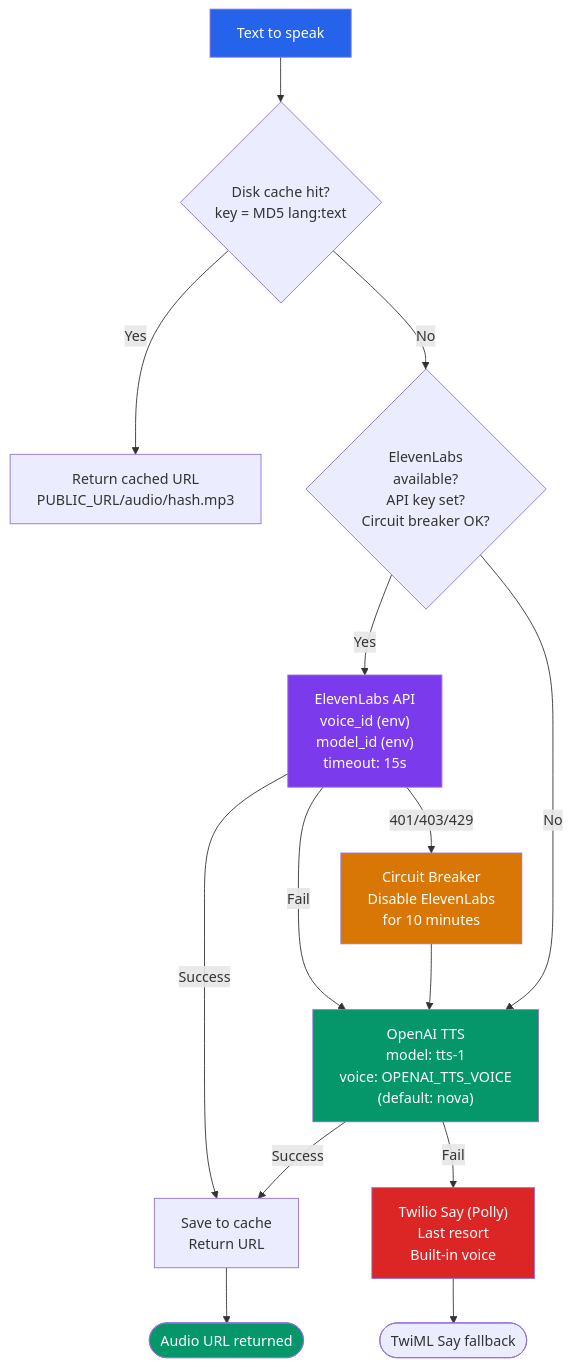
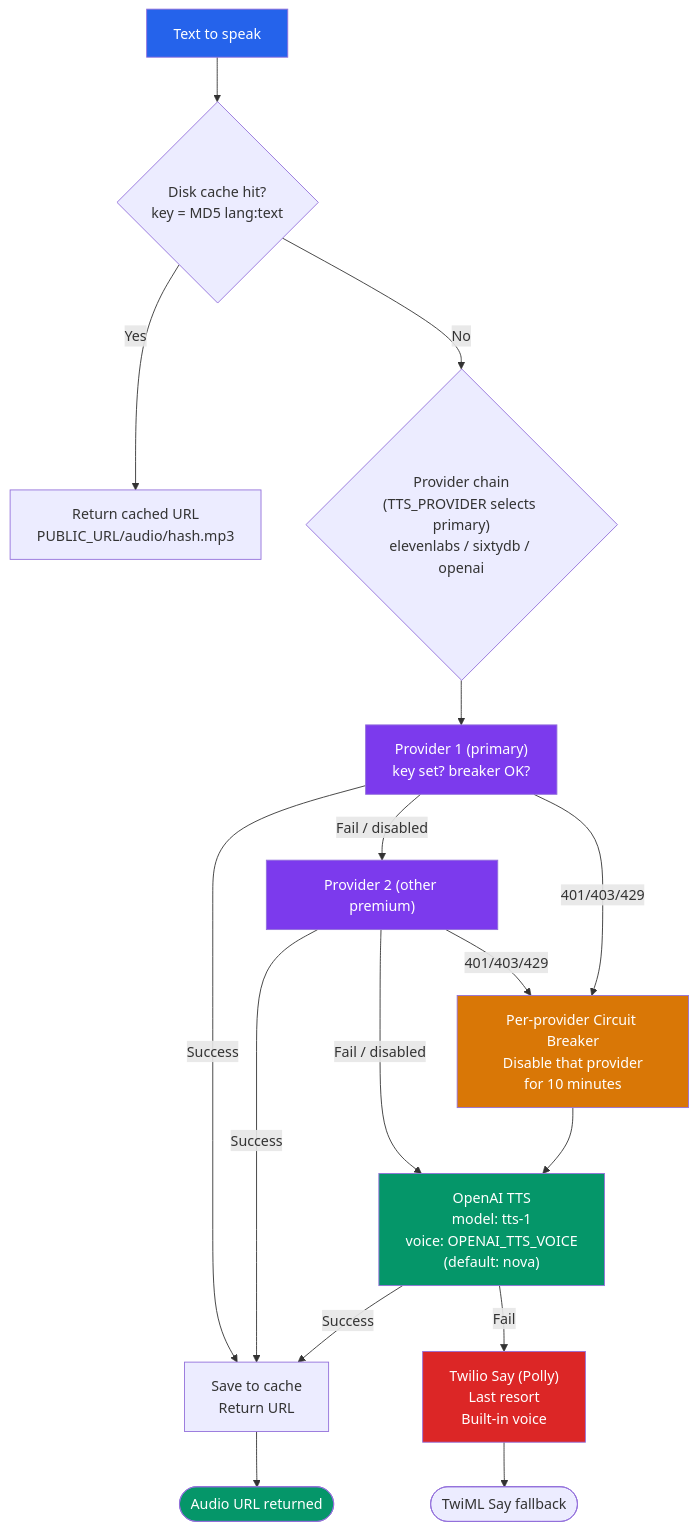
Before and after one commit to dzaczek/ava: the fourth of 7 diagrams in README.md, drawn with Mermaid. The commit also changed other lines of this file and 3 other files, not shown here.

````diff
--- a/README.md
+++ b/README.md
@@ -225,29 +227,32 @@
 ```mermaid
 flowchart TD
     Input["Text to speak"] --> Cache{Disk cache hit?<br/>key = MD5 lang:text}
 
     Cache -->|Yes| Serve["Return cached URL<br/>PUBLIC_URL/audio/hash.mp3"]
-    Cache -->|No| ELCheck{ElevenLabs<br/>available?<br/>API key set?<br/>Circuit breaker OK?}
+    Cache -->|No| Chain{"Provider chain<br/>(TTS_PROVIDER selects primary)<br/>elevenlabs / sixtydb / openai"}
 
-    ELCheck -->|Yes| EL["ElevenLabs API<br/>voice_id (env)<br/>model_id (env)<br/>timeout: 15s"]
-    ELCheck -->|No| OpenAI
+    Chain --> P1["Provider 1 (primary)<br/>key set? breaker OK?"]
+    P1 -->|Success| Save["Save to cache<br/>Return URL"]
+    P1 -->|"Fail / disabled"| P2["Provider 2 (other premium)"]
 
-    EL -->|Success| Save["Save to cache<br/>Return URL"]
-    EL -->|Fail| OpenAI["OpenAI TTS<br/>model: tts-1<br/>voice: OPENAI_TTS_VOICE<br/>(default: nova)"]
+    P2 -->|Success| Save
+    P2 -->|"Fail / disabled"| OpenAI["OpenAI TTS<br/>model: tts-1<br/>voice: OPENAI_TTS_VOICE<br/>(default: nova)"]
 
     OpenAI -->|Success| Save
     OpenAI -->|Fail| Polly["Twilio Say (Polly)<br/>Last resort<br/>Built-in voice"]
 
-    EL -->|"401/403/429"| CB["Circuit Breaker<br/>Disable ElevenLabs<br/>for 10 minutes"]
+    P1 -->|"401/403/429"| CB["Per-provider Circuit Breaker<br/>Disable that provider<br/>for 10 minutes"]
+    P2 -->|"401/403/429"| CB
     CB --> OpenAI
 
     Save --> Done([Audio URL returned])
     Polly --> Done2([TwiML Say fallback])
 
     style Input fill:#2563eb,color:#fff
-    style EL fill:#7c3aed,color:#fff
+    style P1 fill:#7c3aed,color:#fff
+    style P2 fill:#7c3aed,color:#fff
     style OpenAI fill:#059669,color:#fff
     style Polly fill:#dc2626,color:#fff
     style CB fill:#d97706,color:#fff
     style Done fill:#059669,color:#fff
 ```
````
